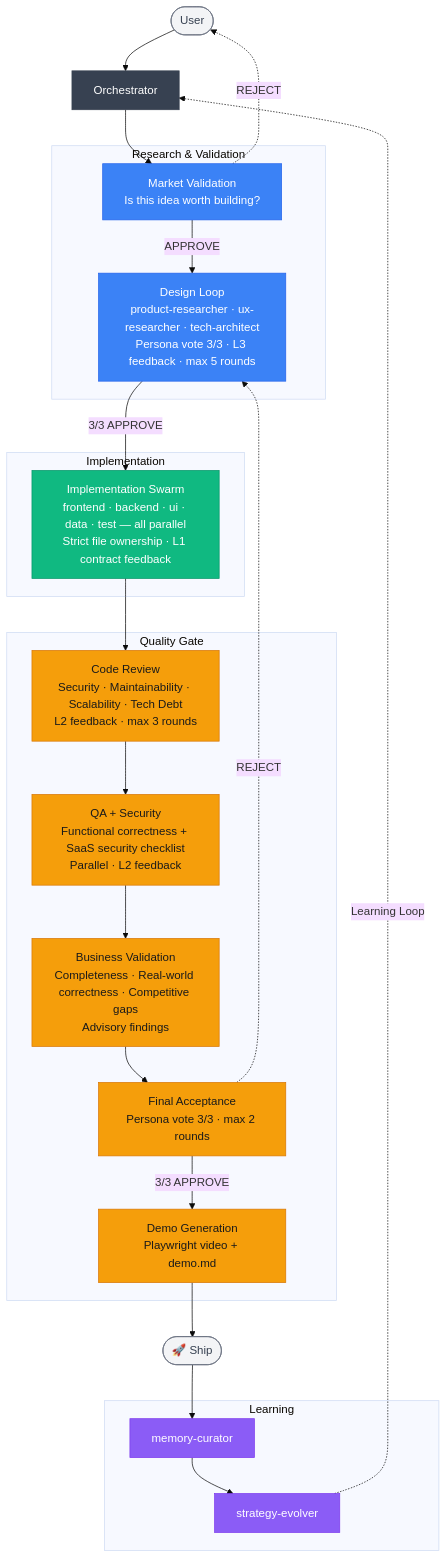
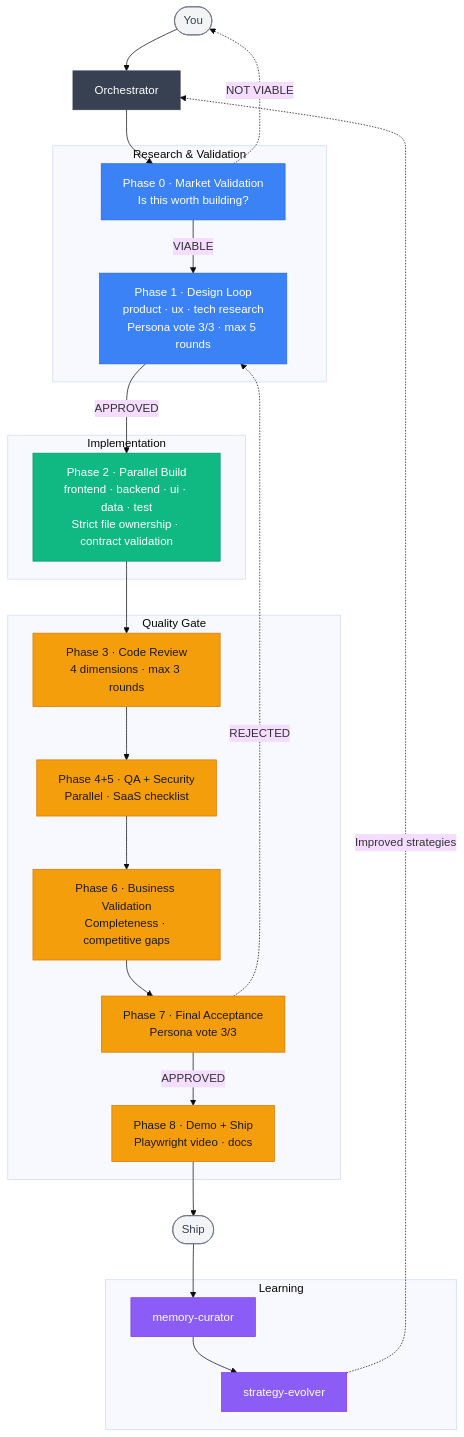
One commit to zee-sandev/solo-dev changed the diagram in README.md. Above: the diagram before and after it, drawn with Mermaid (base theme). The commit also changed other lines of this file and 10 other files, not shown here.

````diff
--- a/README.md
+++ b/README.md
@@ -325,48 +210,48 @@
 ```mermaid
 flowchart TD
     classDef orch fill:#374151,color:#fff,stroke:#374151
     classDef research fill:#3b82f6,color:#fff,stroke:#2563eb
     classDef impl fill:#10b981,color:#fff,stroke:#059669
     classDef quality fill:#f59e0b,color:#1a1a1a,stroke:#d97706
     classDef memory fill:#8b5cf6,color:#fff,stroke:#7c3aed
     classDef terminal fill:#f3f4f6,stroke:#6b7280,color:#374151
 
-    U([User]):::terminal --> O[Orchestrator]:::orch
+    U([You]):::terminal --> O[Orchestrator]:::orch
 
     subgraph RESEARCH["  Research & Validation  "]
-        P0["Market Validation<br/>Is this idea worth building?"]:::research
-        P12["Design Loop<br/>product-researcher · ux-researcher · tech-architect<br/>Persona vote 3/3 · L3 feedback · max 5 rounds"]:::research
+        P0["Phase 0 · Market Validation<br/>Is this worth building?"]:::research
+        P12["Phase 1 · Design Loop<br/>product · ux · tech research<br/>Persona vote 3/3 · max 5 rounds"]:::research
     end
 
     subgraph IMPL["  Implementation  "]
-        P2["Implementation Swarm<br/>frontend · backend · ui · data · test — all parallel<br/>Strict file ownership · L1 contract feedback"]:::impl
+        P2["Phase 2 · Parallel Build<br/>frontend · backend · ui · data · test<br/>Strict file ownership · contract validation"]:::impl
     end
 
     subgraph QUALITY["  Quality Gate  "]
-        P3["Code Review<br/>Security · Maintainability · Scalability · Tech Debt<br/>L2 feedback · max 3 rounds"]:::quality
-        P45["QA + Security<br/>Functional correctness + SaaS security checklist<br/>Parallel · L2 feedback"]:::quality
-        P6["Business Validation<br/>Completeness · Real-world correctness · Competitive gaps<br/>Advisory findings"]:::quality
-        P7["Final Acceptance<br/>Persona vote 3/3 · max 2 rounds"]:::quality
-        P8["Demo Generation<br/>Playwright video + demo.md"]:::quality
+        P3["Phase 3 · Code Review<br/>4 dimensions · max 3 rounds"]:::quality
+        P45["Phase 4+5 · QA + Security<br/>Parallel · SaaS checklist"]:::quality
+        P6["Phase 6 · Business Validation<br/>Completeness · competitive gaps"]:::quality
+        P7["Phase 7 · Final Acceptance<br/>Persona vote 3/3"]:::quality
+        P8["Phase 8 · Demo + Ship<br/>Playwright video · docs"]:::quality
     end
 
     subgraph LEARNING["  Learning  "]
         MC[memory-curator]:::memory
         SE[strategy-evolver]:::memory
     end
 
     O --> P0
-    P0 -->|APPROVE| P12
-    P0 -.->|REJECT| U
-    P12 -->|3/3 APPROVE| P2
+    P0 -->|VIABLE| P12
+    P0 -.->|NOT VIABLE| U
+    P12 -->|APPROVED| P2
     P2 --> P3
     P3 --> P45
     P45 --> P6
     P6 --> P7
-    P7 -->|3/3 APPROVE| P8
-    P7 -.->|REJECT| P12
-    P8 --> SHIP([🚀 Ship]):::terminal
+    P7 -->|APPROVED| P8
+    P7 -.->|REJECTED| P12
+    P8 --> SHIP([Ship]):::terminal
     SHIP --> MC
     MC --> SE
-    SE -.->|Learning Loop| O
+    SE -.->|Improved strategies| O
 ```
````
